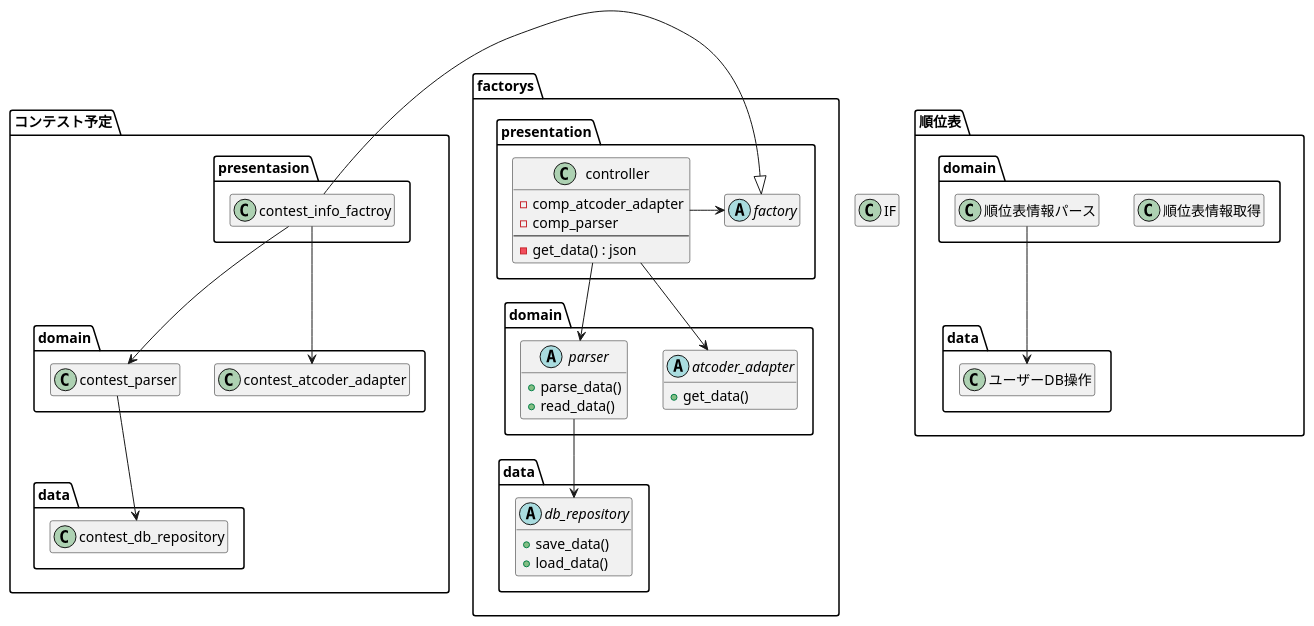
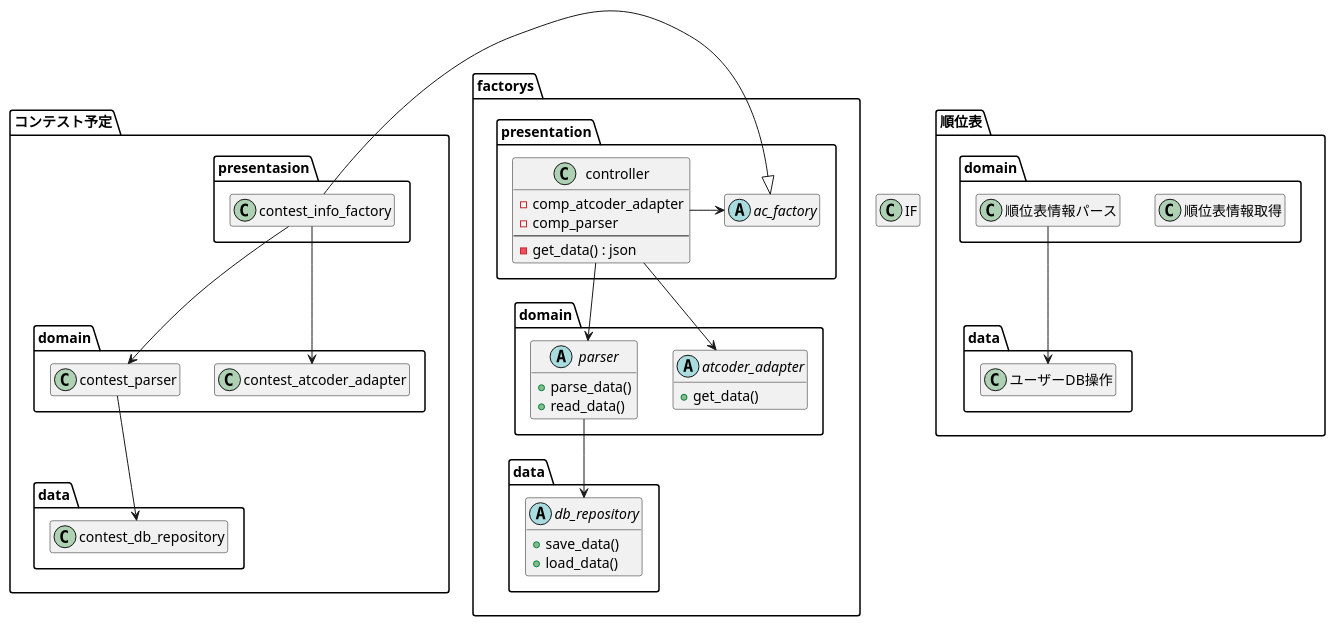
Before and after one commit to DFNasutarou/AC_WEB_DFN: the diagram in 設計書/uml_class.pu, drawn with PlantUML. The commit also changed 5 other files, not shown here.

```diff
--- a/設計書/uml_class.pu
+++ b/設計書/uml_class.pu
@@ -1,95 +1,95 @@
 @startuml uml_class
 hide empty members
 
 class IF {
     
 }
 
 package factorys {
     package presentation {
-        abstract factory {
+        abstract ac_factory {
 
         }
         class controller {
             - comp_atcoder_adapter
             - comp_parser
             ---
             - get_data() : json
         }
     }
     package domain {
         abstract atcoder_adapter {
             + get_data()
         }
 
         abstract parser {
             + parse_data()
             + read_data()
         }
     }
     package data {
         abstract db_repository {
             + save_data()
             + load_data()
         }
     }
 }
 
 package コンテスト予定 {
     package presentasion {
-        class contest_info_factroy 
+        class contest_info_factory 
         {
 
         }
     }
 
     package domain {
         class contest_atcoder_adapter {
 
         }
 
         class contest_parser {
 
         }
     }
     package data {
         class contest_db_repository {
 
         }
     }
 }
 
 package 順位表 {
     package domain {
         class 順位表情報取得 {
 
         }
 
         class 順位表情報パース {
 
         }
     }
     package data {
         class ユーザーDB操作 {
 
         }
     }
 }
 
-contest_info_factroy -|> factory
+contest_info_factory -|> ac_factory
 
-controller -> factory
+controller -> ac_factory
 controller --> atcoder_adapter
 controller --> parser
 
 
 parser --> db_repository
 
-contest_info_factroy --> contest_atcoder_adapter
-contest_info_factroy --> contest_parser
+contest_info_factory --> contest_atcoder_adapter
+contest_info_factory --> contest_parser
 contest_parser --> contest_db_repository
 
 順位表情報パース --> ユーザーDB操作
 
 
 @enduml
```
